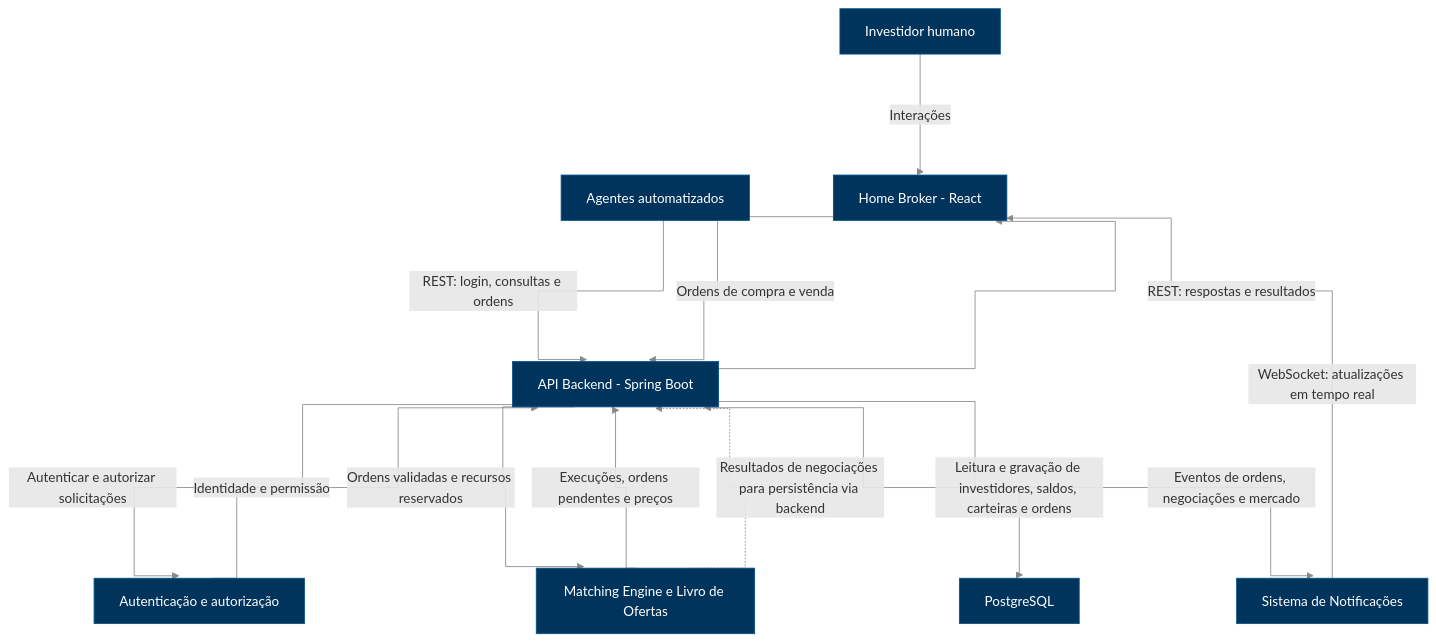
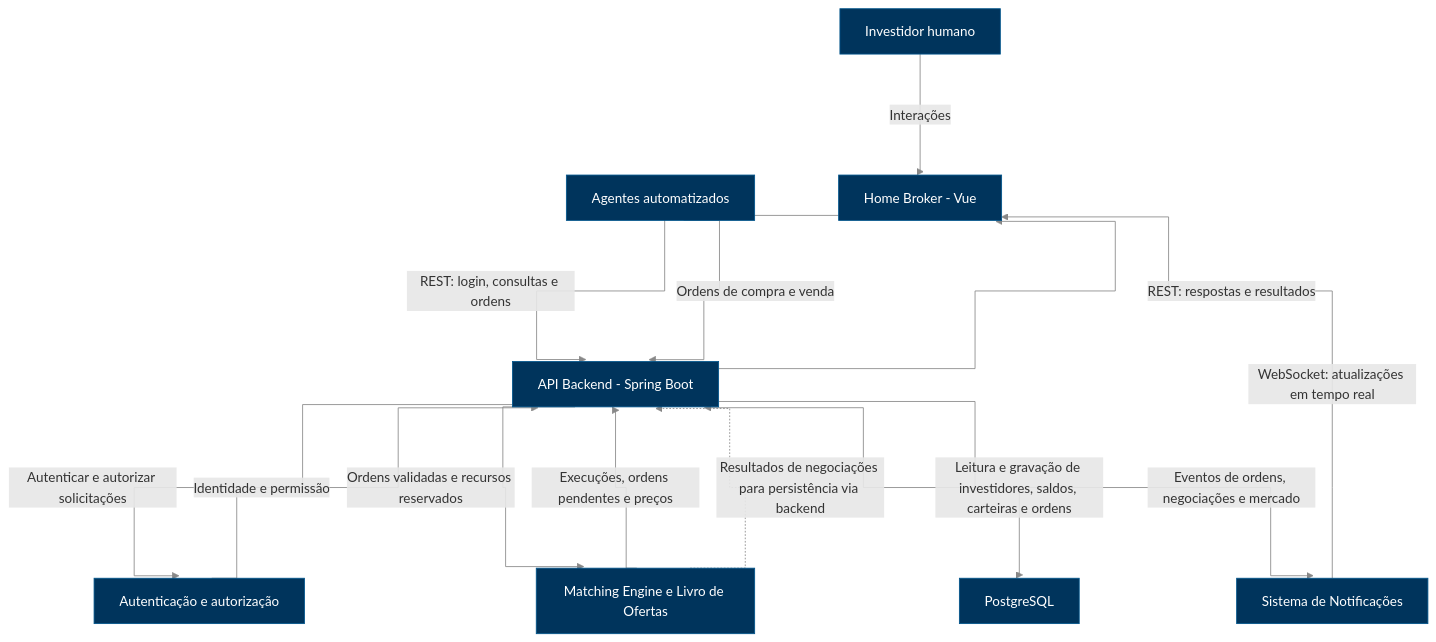
Before and after one commit to nataliassantoz/Distributed-Stock-Exchange-Simulator: the diagram in docs/02-architecture/architecture-diagram.md, drawn with Mermaid. The commit also changed other lines of this file and 2 other files, not shown here.

````diff
--- a/docs/02-architecture/architecture-diagram.md
+++ b/docs/02-architecture/architecture-diagram.md
@@ -9,27 +9,27 @@
 ```mermaid
 %%{init: {"flowchart": {"curve": "step", "nodeSpacing": 100, "rankSpacing": 120}}}%%
 flowchart TD
-    U[Investidor humano] -->|Interações| HB[Home Broker - React]
+    U[Investidor humano] -->|Interações| HB[Home Broker - Vue]
 
     HB -->|REST: login, consultas e ordens| API[API Backend - Spring Boot]
     API -->|REST: respostas e resultados| HB
 
     API -->|Autenticar e autorizar solicitações| AUTH[Autenticação e autorização]
     AUTH -->|Identidade e permissão| API
 
     AG[Agentes automatizados] -->|Ordens de compra e venda| API
 
     API -->|Ordens validadas e recursos reservados| ME[Matching Engine e Livro de Ofertas]
     ME -->|Execuções, ordens pendentes e preços| API
 
     API <-->|Leitura e gravação de investidores, saldos, carteiras e ordens| DB[PostgreSQL]
     ME -.->|Resultados de negociações para persistência via backend| API
 
     API -->|Eventos de ordens, negociações e mercado| NOTIF[Sistema de Notificações]
     NOTIF -->|WebSocket: atualizações em tempo real| HB
 
     classDef componente fill:#00345c,stroke:#00558c,color:#ffffff;
     class U,HB,API,AUTH,AG,ME,NOTIF,DB componente;
 
     linkStyle default stroke:#888888,stroke-width:1px;
 ```
````
